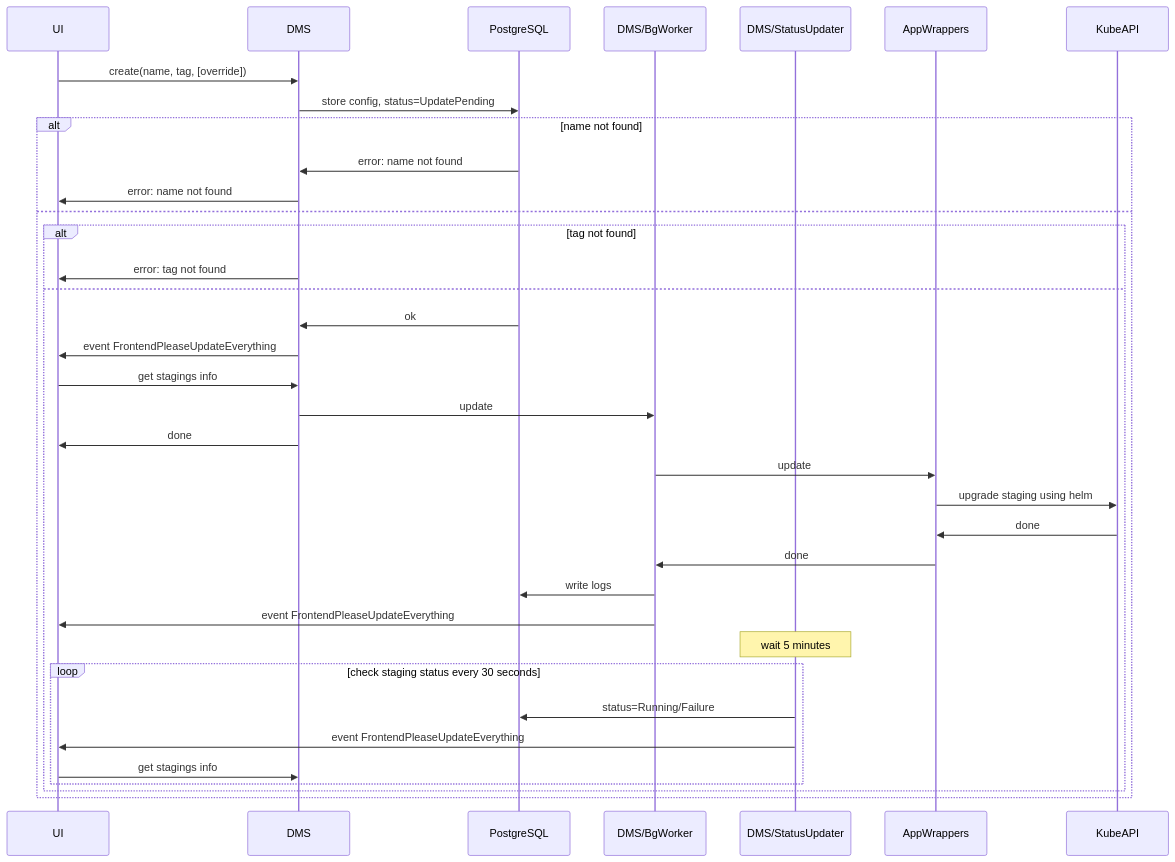
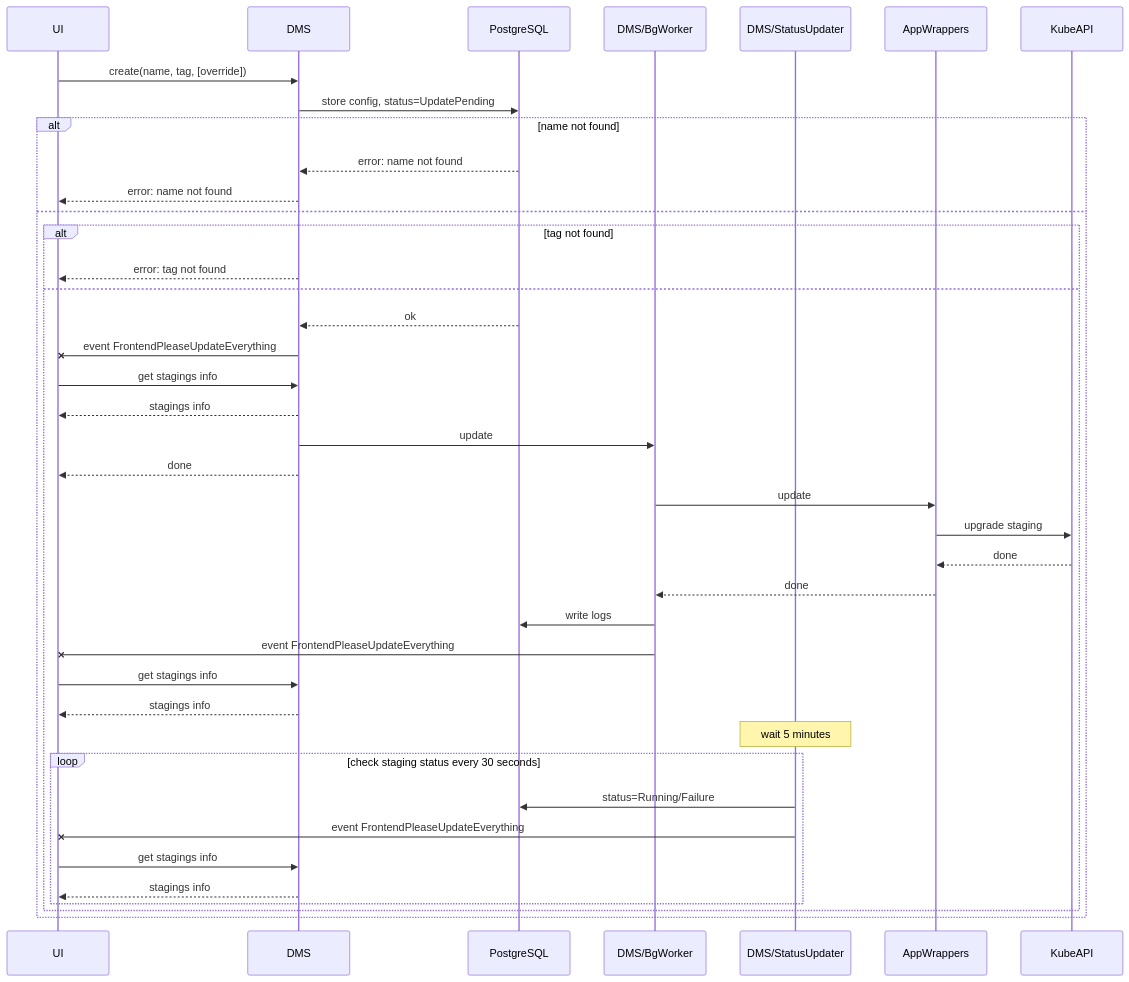
Before and after one commit to typeable/octopod: the diagram in docs/diagrams/src/technical-architecture-update-via-ui.mmd, drawn with Mermaid. The commit also changed 23 other files, not shown here.

Commit message:
add 'Files of app wrappers' section, change arrows style of sequence diagrams

```diff
--- a/docs/diagrams/src/technical-architecture-update-via-ui.mmd
+++ b/docs/diagrams/src/technical-architecture-update-via-ui.mmd
@@ -1,36 +1,40 @@
 sequenceDiagram
     participant UI
     participant DMS
     participant PostgreSQL
     participant DMS/BgWorker
     participant DMS/StatusUpdater
     participant AppWrappers
     participant KubeAPI
     UI->>DMS: create(name, tag, [override])
     DMS->>PostgreSQL: store config, status=UpdatePending
     alt name not found
-        PostgreSQL->>DMS: error: name not found
-        DMS->>UI: error: name not found
+        PostgreSQL-->>DMS: error: name not found
+        DMS-->>UI: error: name not found
     else
         alt tag not found
-            DMS->>UI: error: tag not found
+            DMS-->>UI: error: tag not found
         else
-            PostgreSQL->>DMS: ok
-            DMS->>UI: event FrontendPleaseUpdateEverything
+            PostgreSQL-->>DMS: ok
+            DMS-xUI: event FrontendPleaseUpdateEverything
             UI->>DMS: get stagings info
+            DMS-->>UI: stagings info
             DMS->>DMS/BgWorker: update
-            DMS->>UI: done
+            DMS-->>UI: done
             DMS/BgWorker->>AppWrappers: update
-            AppWrappers->>KubeAPI: upgrade staging using helm
-            KubeAPI->>AppWrappers: done
-            AppWrappers->>DMS/BgWorker: done
+            AppWrappers->>KubeAPI: upgrade staging
+            KubeAPI-->>AppWrappers: done
+            AppWrappers-->>DMS/BgWorker: done
             DMS/BgWorker->>PostgreSQL: write logs
-            DMS/BgWorker->>UI: event FrontendPleaseUpdateEverything
+            DMS/BgWorker-xUI: event FrontendPleaseUpdateEverything
+            UI->>DMS: get stagings info
+            DMS-->>UI: stagings info
             Note over DMS/StatusUpdater: wait 5 minutes
             loop check staging status every 30 seconds
                 DMS/StatusUpdater->>PostgreSQL: status=Running/Failure
-                DMS/StatusUpdater->>UI: event FrontendPleaseUpdateEverything
+                DMS/StatusUpdater-xUI: event FrontendPleaseUpdateEverything
                 UI->>DMS: get stagings info
+                DMS-->>UI: stagings info
             end
         end
     end
```
